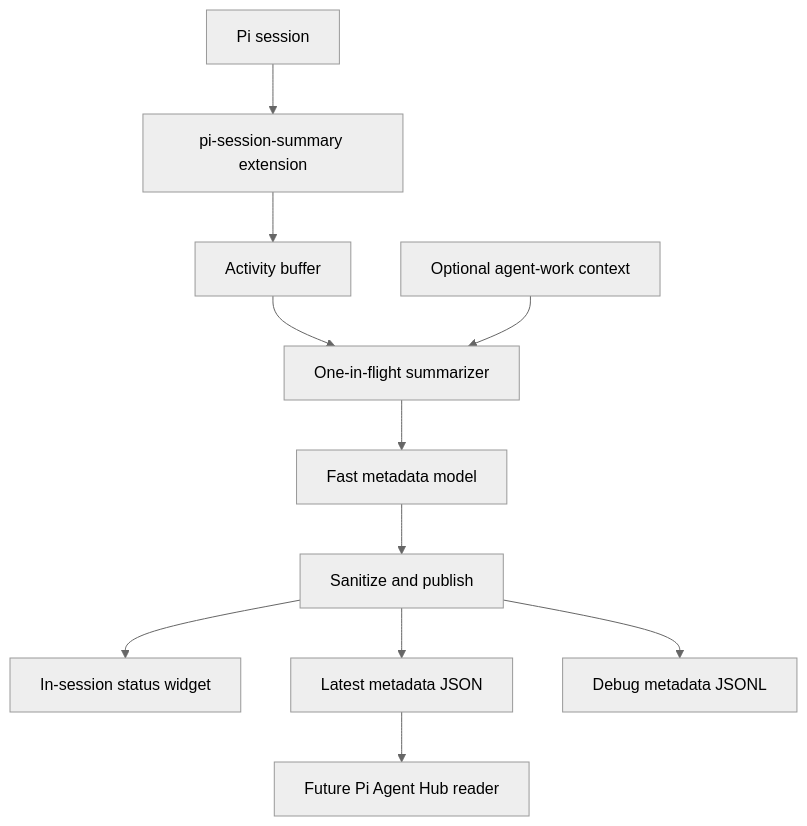
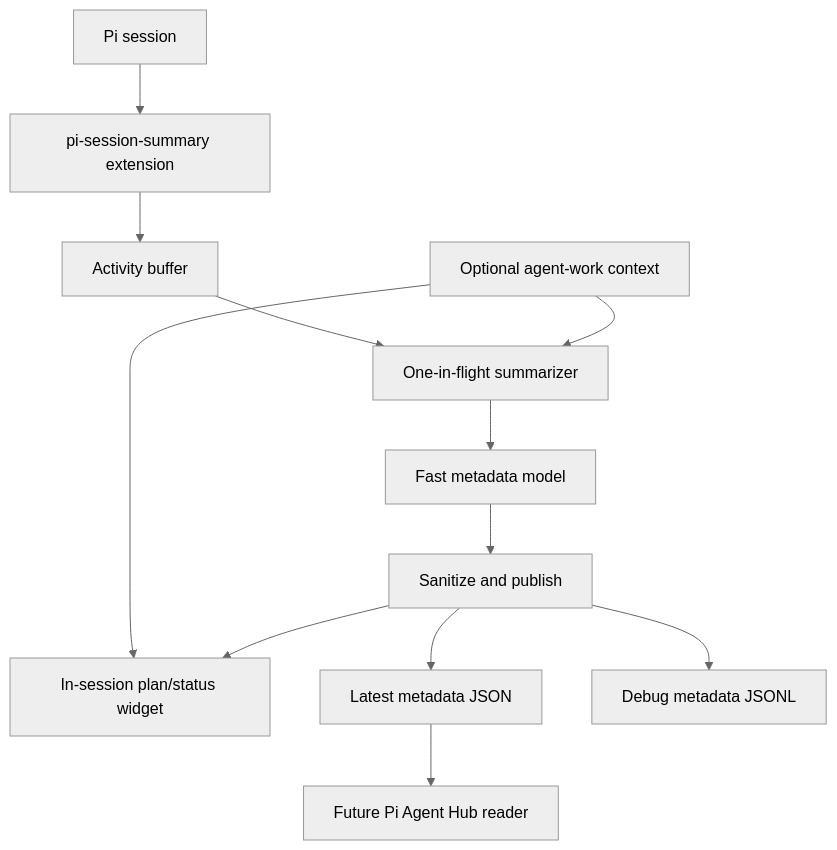
One commit to masta-g3/pi-session-summary changed the diagram in docs/STRUCTURE.md. Above: the diagram before and after it, drawn with Mermaid (neutral theme). The commit also changed other lines of this file and 8 other files, not shown here.

````diff
--- a/docs/STRUCTURE.md
+++ b/docs/STRUCTURE.md
@@ -46,13 +46,14 @@
 ```mermaid
 flowchart TD
   Session[Pi session] --> Extension[pi-session-summary extension]
   Extension --> Activity[Activity buffer]
   Activity --> Scheduler[One-in-flight summarizer]
   Workflow[Optional agent-work context] --> Scheduler
+  Workflow --> Widget[In-session plan/status widget]
   Scheduler --> Model[Fast metadata model]
   Model --> Publish[Sanitize and publish]
-  Publish --> Widget[In-session status widget]
+  Publish --> Widget
   Publish --> State[Latest metadata JSON]
   Publish --> History[Debug metadata JSONL]
   State --> Hub[Future Pi Agent Hub reader]
 ```
````
